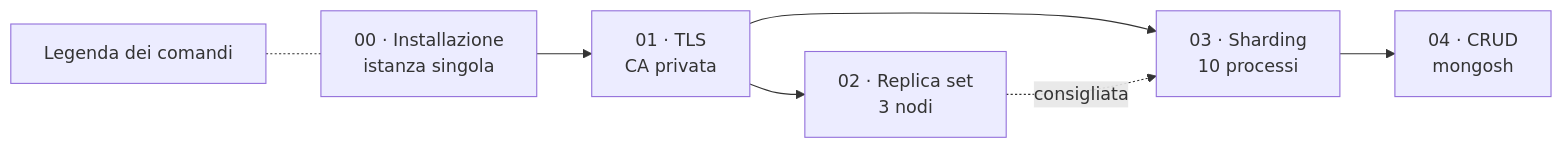
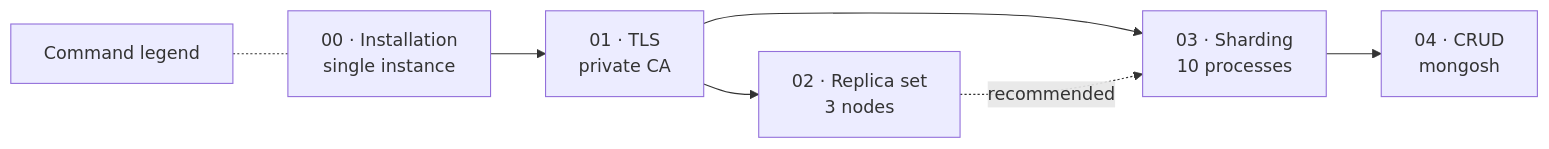
Before and after one commit to lucacacciamani/mongo-db: the diagram in README.md, drawn with Mermaid. The commit also changed other lines of this file and 1 other file, not shown here.

````diff
--- a/README.md
+++ b/README.md
@@ -61,9 +51,9 @@
 ```mermaid
 flowchart LR
-    G00["00 · Installazione<br/>istanza singola"] --> G01["01 · TLS<br/>CA privata"]
-    G01 --> G02["02 · Replica set<br/>3 nodi"]
-    G01 --> G03["03 · Sharding<br/>10 processi"]
-    G02 -. "consigliata" .-> G03
+    G00["00 · Installation<br/>single instance"] --> G01["01 · TLS<br/>private CA"]
+    G01 --> G02["02 · Replica set<br/>3 nodes"]
+    G01 --> G03["03 · Sharding<br/>10 processes"]
+    G02 -. "recommended" .-> G03
     G03 --> G04["04 · CRUD<br/>mongosh"]
-    LEG["Legenda dei comandi"] -.- G00
+    LEG["Command legend"] -.- G00
 ```
````
